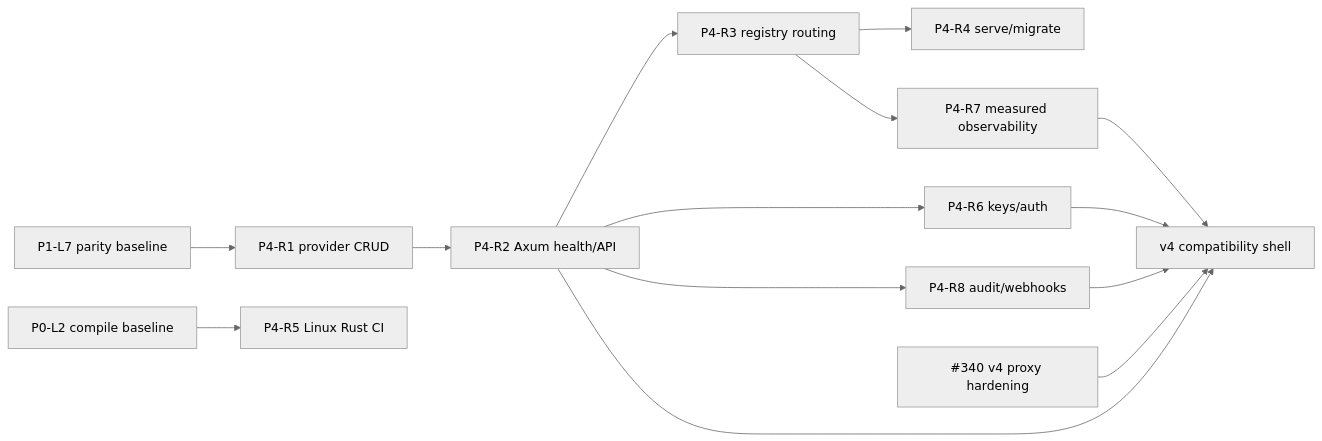
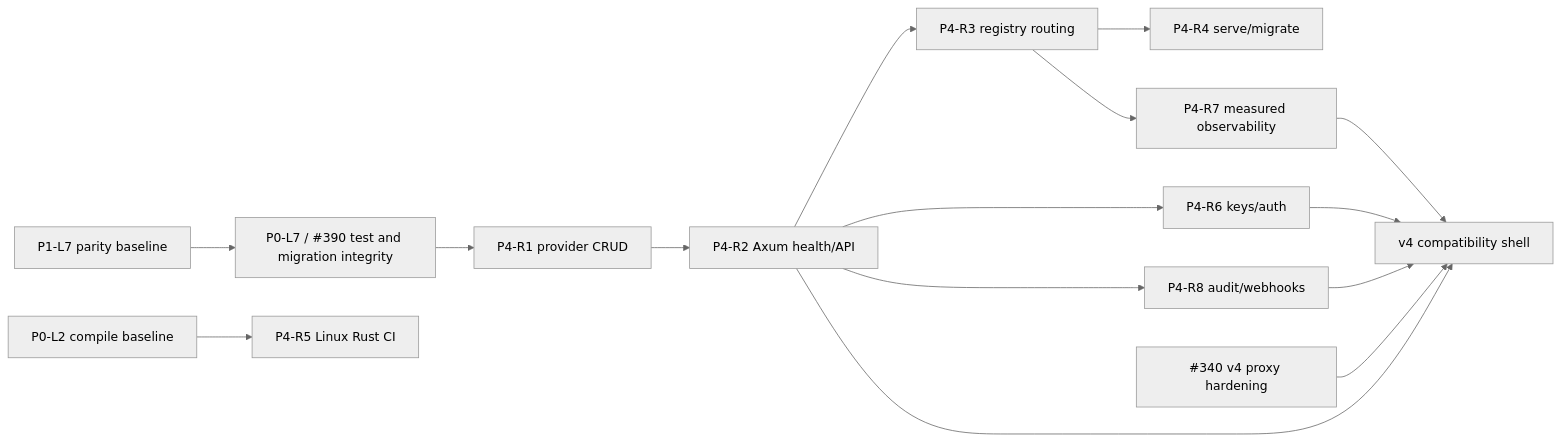
Before and after one commit to KooshaPari/OmniRoute: the diagram in plans/2026-07-18-v4-rust-feature-parity-matrix.md, drawn with Mermaid (neutral theme). The commit also changed other lines of this file and 2 other files, not shown here.

Commit message:
docs(plan): gate Rust evolution on integrity baseline

````diff
--- a/plans/2026-07-18-v4-rust-feature-parity-matrix.md
+++ b/plans/2026-07-18-v4-rust-feature-parity-matrix.md
@@ -58,18 +58,19 @@
 ```mermaid
 flowchart LR
-  MATRIX[P1-L7 parity baseline] --> PROVIDERS[P4-R1 provider CRUD]
+  MATRIX[P1-L7 parity baseline] --> BASEFIX[P0-L7 / #390 test and migration integrity]
+  BASEFIX --> PROVIDERS[P4-R1 provider CRUD]
   PROVIDERS --> API[P4-R2 Axum health/API]
   API --> ROUTER[P4-R3 registry routing]
   ROUTER --> CLI[P4-R4 serve/migrate]
   BASELINE[P0-L2 compile baseline] --> CI[P4-R5 Linux Rust CI]
 
   API --> AUTH[P4-R6 keys/auth]
   ROUTER --> OBS[P4-R7 measured observability]
   API --> AUDIT[P4-R8 audit/webhooks]
 
   PROXY[#340 v4 proxy hardening] --> SHELL[v4 compatibility shell]
   API --> SHELL
   AUTH --> SHELL
   OBS --> SHELL
   AUDIT --> SHELL
 ```
````
